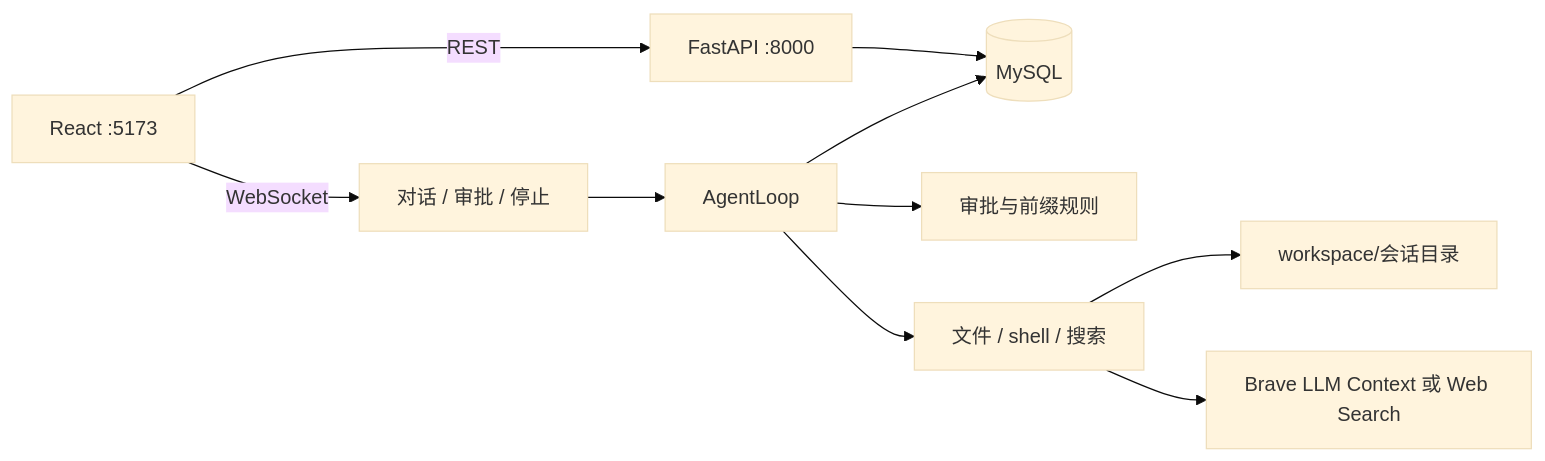
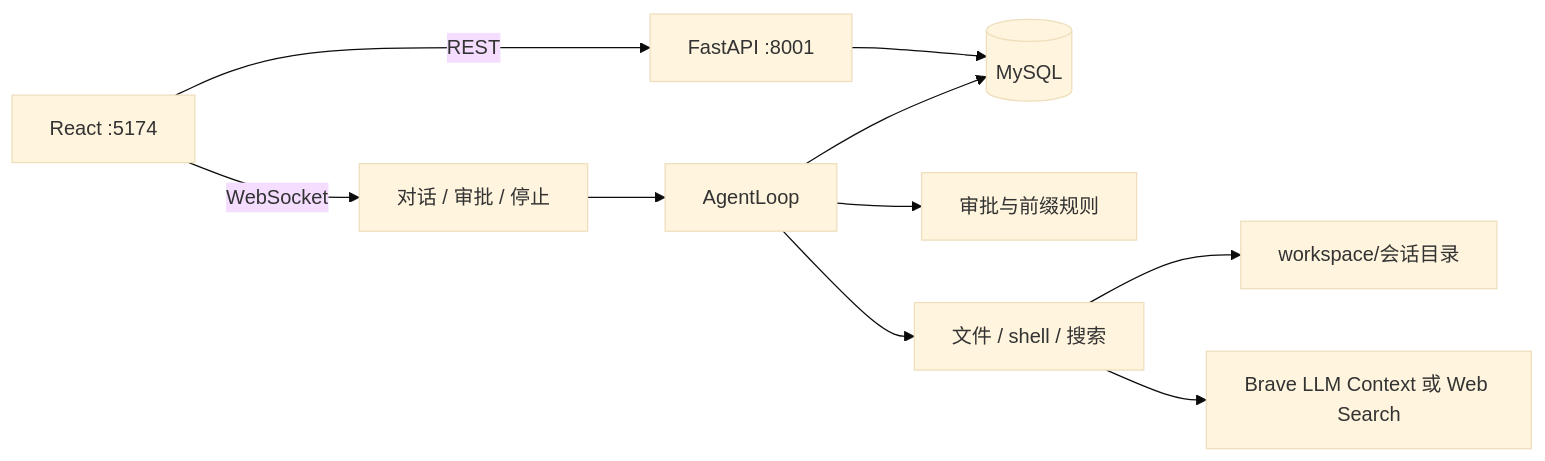
Before and after one commit to ChenXy317/DevAgent: the diagram in PLAN.md, drawn with Mermaid (base theme). The commit also changed other lines of this file and 7 other files, not shown here.

````diff
--- a/PLAN.md
+++ b/PLAN.md
@@ -59,12 +59,12 @@
 ```mermaid
 flowchart LR
-  UI["React :5173"] -->|WebSocket| WS["对话 / 审批 / 停止"]
-  UI -->|REST| API["FastAPI :8000"]
+  UI["React :5174"] -->|WebSocket| WS["对话 / 审批 / 停止"]
+  UI -->|REST| API["FastAPI :8001"]
   WS --> Loop["AgentLoop"]
   API --> DB[("MySQL")]
   Loop --> DB
   Loop --> Gate["审批与前缀规则"]
   Loop --> Tools["文件 / shell / 搜索"]
   Tools --> WD["workspace/会话目录"]
   Tools --> Brave["Brave LLM Context 或 Web Search"]
 ```
````
